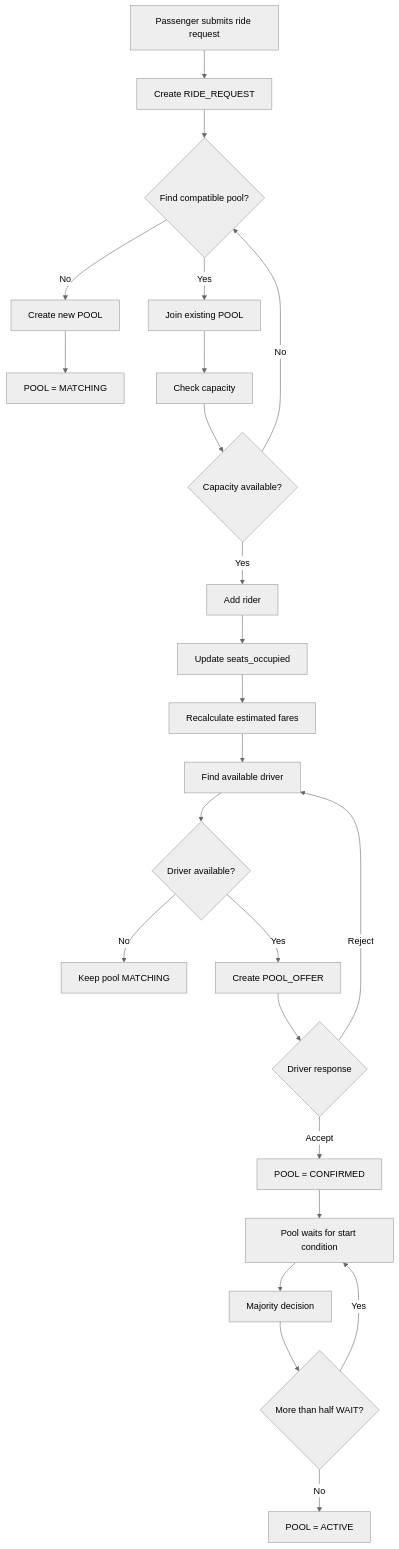
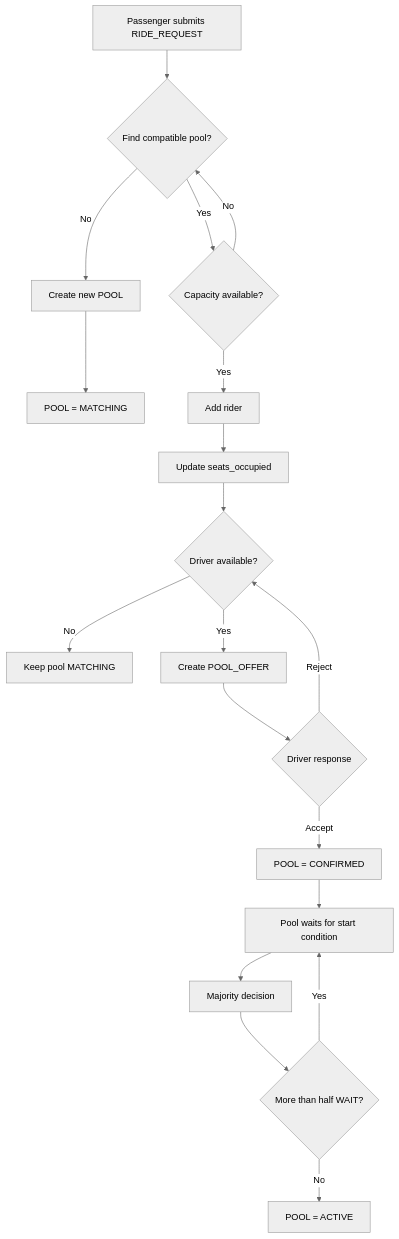
The second of 6 diagrams in docs/Diagrams.md (RafidNabil/dhaka-tesla-pool), drawn with Mermaid (neutral theme) before and after one commit. The commit also changed 9 other files, not shown here.

````diff
--- a/docs/Diagrams.md
+++ b/docs/Diagrams.md
@@ -79,34 +79,30 @@
 ```mermaid
 flowchart TD
-    A[Passenger submits ride request] --> B[Create RIDE_REQUEST]
-    B --> C{Find compatible pool?}
+    A[Passenger submits RIDE_REQUEST] --> C{Find compatible pool?} 
 
-    C -->|Yes| D[Join existing POOL]
+    C -->|Yes| H{Capacity available?}
     C -->|No| E[Create new POOL]
 
     E --> F[POOL = MATCHING]
-    D --> G[Check capacity]
-
-    G --> H{Capacity available?}
     H -->|No| C
     H -->|Yes| I[Add rider]
 
     I --> J[Update seats_occupied]
-    J --> K[Recalculate estimated fares]
-    K --> L[Find available driver]
+    J --> M{Driver available?}
 
-    L --> M{Driver available?}
+
+    
     M -->|No| N[Keep pool MATCHING]
     M -->|Yes| O[Create POOL_OFFER]
 
     O --> P{Driver response}
-    P -->|Reject| L
+    P -->|Reject| M
     P -->|Accept| Q[POOL = CONFIRMED]
 
     Q --> R[Pool waits for start condition]
     R --> S[Majority decision]
     S --> T{More than half WAIT?}
 
     T -->|Yes| R
     T -->|No| U[POOL = ACTIVE]
 ```
````
